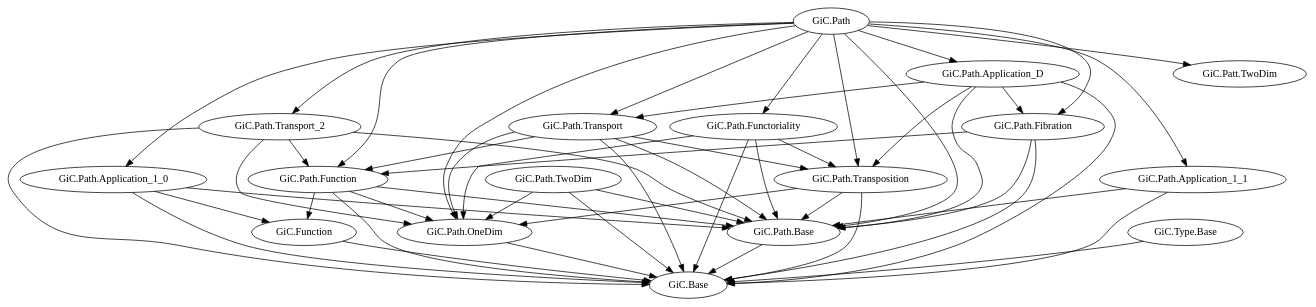
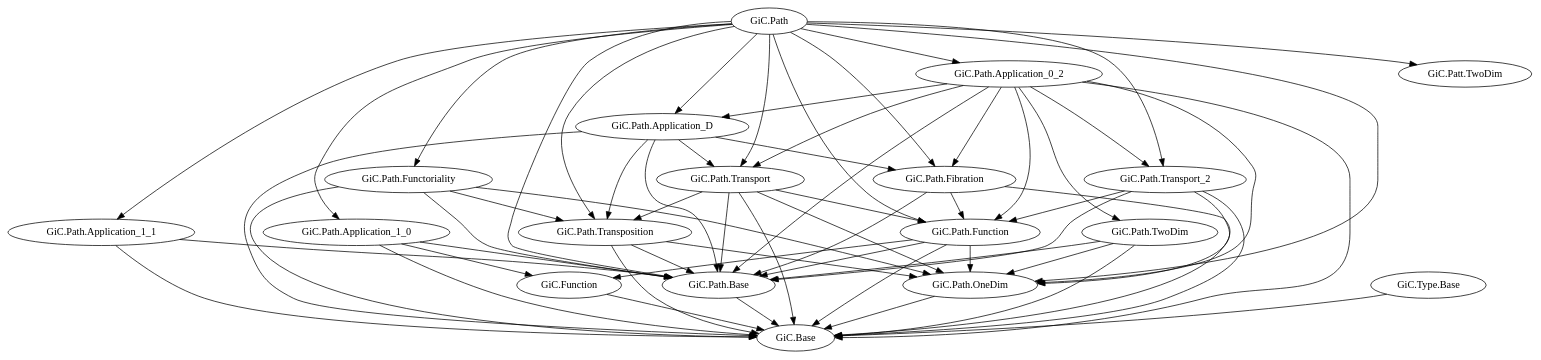
The diagram in documents/libraries.gv (Hexirp/googology-in-coq), drawn with Graphviz before and after one commit. The commit also changed 1 other file, not shown here.

Commit message:
Update: libraries.gv に Path.Application_0_2 を追加する
libraries.gv の機能を果たすため。

```diff
--- a/documents/libraries.gv
+++ b/documents/libraries.gv
@@ -1,85 +1,97 @@
 digraph dependency_graph {
   # GiC.Base
 
   # GiC.Function
   "GiC.Function" -> "GiC.Base";
 
   # GiC.Path.Base
   "GiC.Path.Base" -> "GiC.Base";
 
   # GiC.Path.OneDim
   "GiC.Path.OneDim" -> "GiC.Base";
 
   # GiC.Path.Function
   "GiC.Path.Function" -> "GiC.Base";
   "GiC.Path.Function" -> "GiC.Function";
   "GiC.Path.Function" -> "GiC.Path.Base";
   "GiC.Path.Function" -> "GiC.Path.OneDim";
 
   # GiC.Path.TwoDim
   "GiC.Path.TwoDim" -> "GiC.Base";
   "GiC.Path.TwoDim" -> "GiC.Path.Base";
   "GiC.Path.TwoDim" -> "GiC.Path.OneDim";
 
   # GiC.Path.Transposition
   "GiC.Path.Transposition" -> "GiC.Base";
   "GiC.Path.Transposition" -> "GiC.Path.Base";
   "GiC.Path.Transposition" -> "GiC.Path.OneDim";
 
   # GiC.Path.Functoriality
   "GiC.Path.Functoriality" -> "GiC.Base";
   "GiC.Path.Functoriality" -> "GiC.Path.Base";
   "GiC.Path.Functoriality" -> "GiC.Path.OneDim";
   "GiC.Path.Functoriality" -> "GiC.Path.Transposition";
 
   # GiC.Path.Application_1_0
   "GiC.Path.Application_1_0" -> "GiC.Base";
   "GiC.Path.Application_1_0" -> "GiC.Function";
   "GiC.Path.Application_1_0" -> "GiC.Path.Base";
 
   # GiC.Path.Application_1_1
   "GiC.Path.Application_1_1" -> "GiC.Base";
   "GiC.Path.Application_1_1" -> "GiC.Path.Base";
 
   # GiC.Path.Transport
   "GiC.Path.Transport" -> "GiC.Base";
   "GiC.Path.Transport" -> "GiC.Path.Base";
   "GiC.Path.Transport" -> "GiC.Path.Function";
   "GiC.Path.Transport" -> "GiC.Path.OneDim";
   "GiC.Path.Transport" -> "GiC.Path.Transposition";
 
   # GiC.Path.Fibration
   "GiC.Path.Fibration" -> "GiC.Base";
   "GiC.Path.Fibration" -> "GiC.Path.Base";
   "GiC.Path.Fibration" -> "GiC.Path.Function";
 
   # GiC.Path.Transport_2
   "GiC.Path.Transport_2" -> "GiC.Base";
   "GiC.Path.Transport_2" -> "GiC.Path.Base";
   "GiC.Path.Transport_2" -> "GiC.Path.Function";
   "GiC.Path.Transport_2" -> "GiC.Path.OneDim";
 
   # GiC.Path.Application_D
   "GiC.Path.Application_D" -> "GiC.Base";
   "GiC.Path.Application_D" -> "GiC.Path.Base";
   "GiC.Path.Application_D" -> "GiC.Path.Transposition";
   "GiC.Path.Application_D" -> "GiC.Path.Transport";
   "GiC.Path.Application_D" -> "GiC.Path.Fibration";
 
+  # GiC.Path.Application_0_2
+  "GiC.Path.Application_0_2" -> "GiC.Base";
+  "GiC.Path.Application_0_2" -> "GiC.Path.Base";
+  "GiC.Path.Application_0_2" -> "GiC.Path.OneDim";
+  "GiC.Path.Application_0_2" -> "GiC.Path.Function";
+  "GiC.Path.Application_0_2" -> "GiC.Path.TwoDim";
+  "GiC.Path.Application_0_2" -> "GiC.Path.Fibration";
+  "GiC.Path.Application_0_2" -> "GiC.Path.Transport";
+  "GiC.Path.Application_0_2" -> "GiC.Path.Transport_2";
+  "GiC.Path.Application_0_2" -> "GiC.Path.Application_D";
+
   # GiC.Path
   "GiC.Path" -> "GiC.Path.Base";
   "GiC.Path" -> "GiC.Path.Function";
   "GiC.Path" -> "GiC.Path.OneDim";
   "GiC.Path" -> "GiC.Patt.TwoDim";
   "GiC.Path" -> "GiC.Path.Transposition";
   "GiC.Path" -> "GiC.Path.Functoriality";
   "GiC.Path" -> "GiC.Path.Application_1_0";
   "GiC.Path" -> "GiC.Path.Application_1_1";
   "GiC.Path" -> "GiC.Path.Transport";
   "GiC.Path" -> "GiC.Path.Fibration";
   "GiC.Path" -> "GiC.Path.Transport_2";
   "GiC.Path" -> "GiC.Path.Application_D";
+  "GiC.Path" -> "GiC.Path.Application_0_2";
 
   # GiC.Type.Base
   "GiC.Type.Base" -> "GiC.Base";
 }
```
